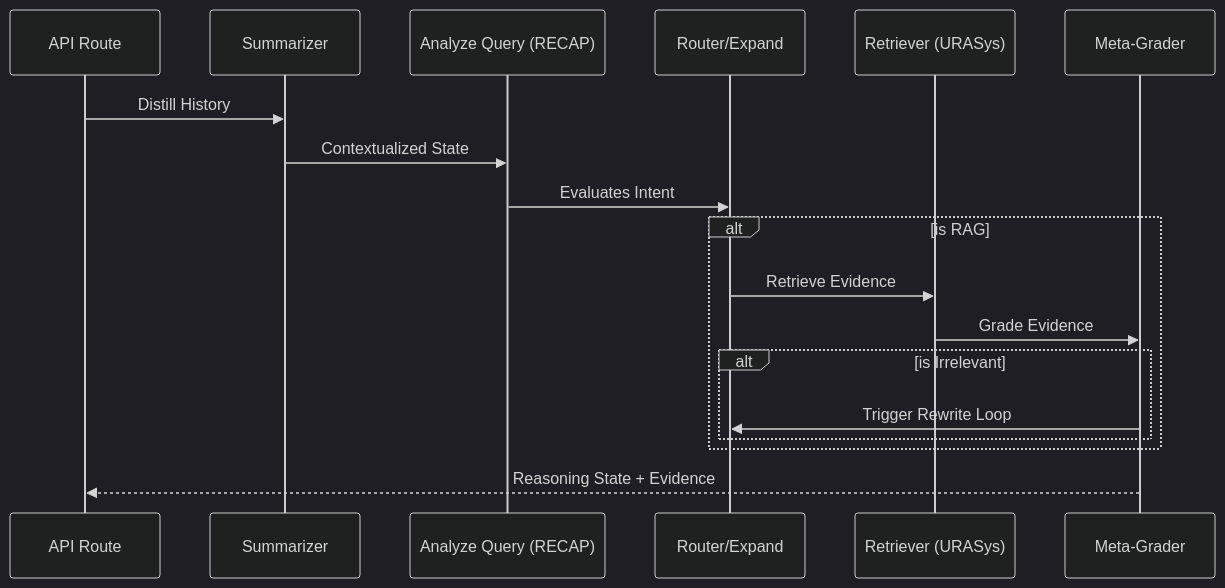
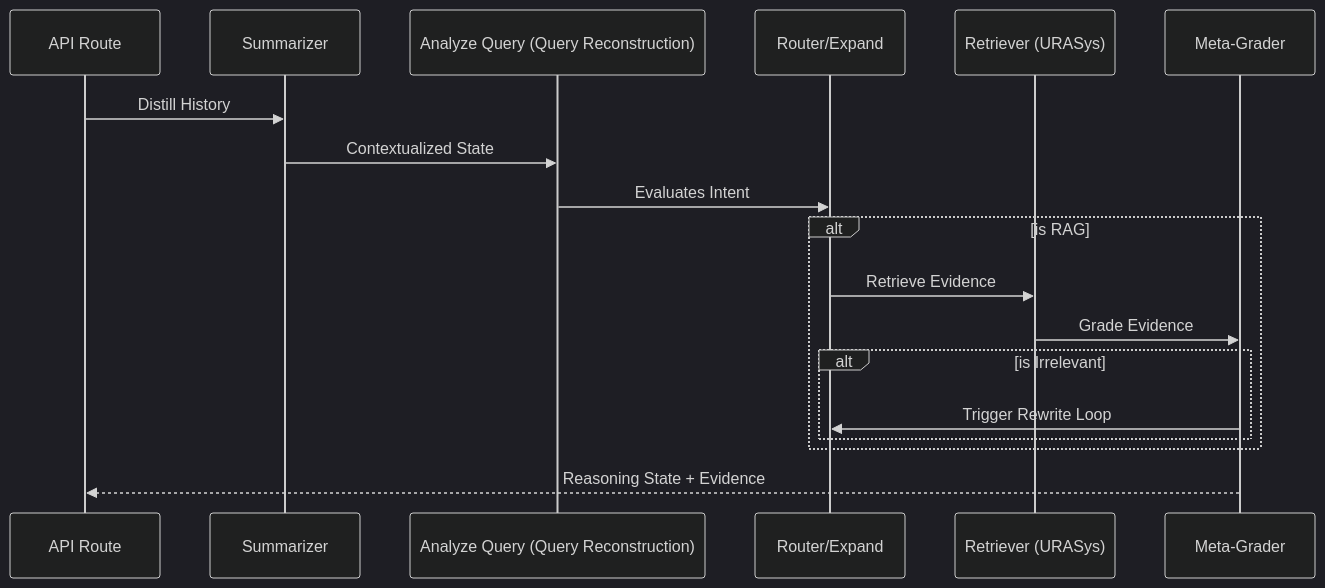
Before and after one commit to DragonL57/vmg_chatbot: the first of 2 diagrams in docs/arc42/06_runtime_view.md, drawn with Mermaid (dark theme). The commit also changed other lines of this file and 7 other files, not shown here.

````diff
--- a/docs/arc42/06_runtime_view.md
+++ b/docs/arc42/06_runtime_view.md
@@ -12,21 +12,21 @@
 ```mermaid
 sequenceDiagram
     participant API as API Route
     participant S as Summarizer
-    participant A as Analyze Query (RECAP)
+    participant A as Analyze Query (Query Reconstruction)
     participant R as Router/Expand
     participant K as Retriever (URASys)
     participant G as Meta-Grader
 
     API->>S: Distill History
     S->>A: Contextualized State
     A->>R: Evaluates Intent
     alt is RAG
         R->>K: Retrieve Evidence
         K->>G: Grade Evidence
         alt is Irrelevant
             G->>R: Trigger Rewrite Loop
         end
     end
     G-->>API: Reasoning State + Evidence
 ```
````
